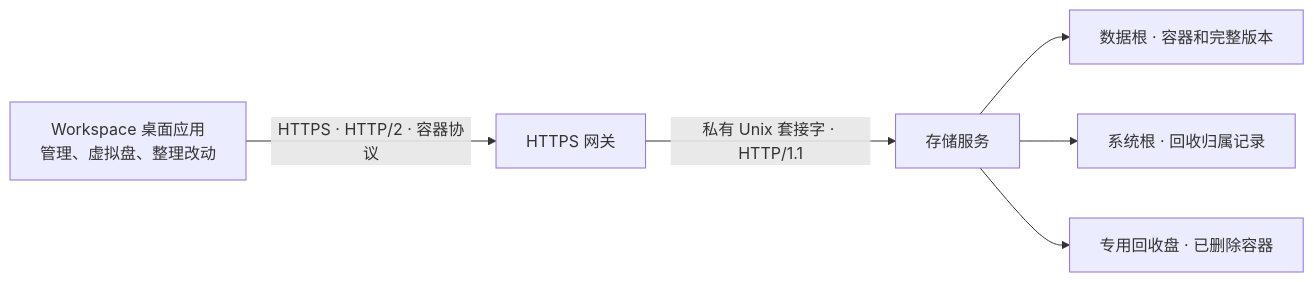
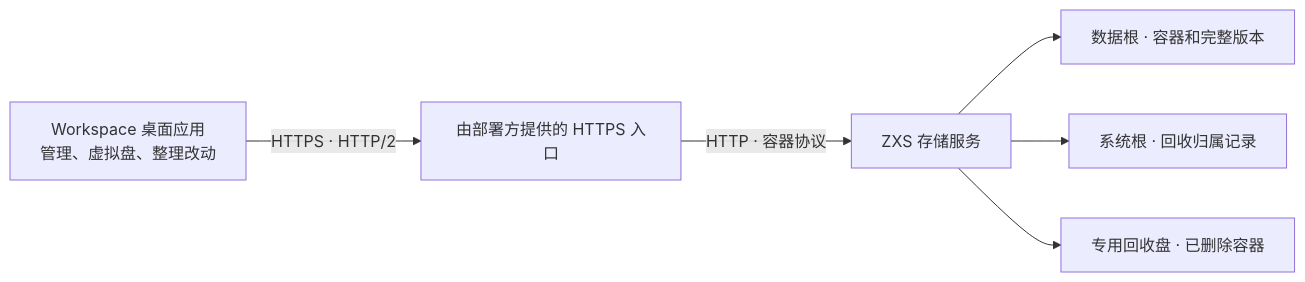
The diagram in zxs/ARCHITECTURE.md (isarmg/zxs), drawn with Mermaid before and after one commit. The commit also changed other lines of this file and 30 other files, not shown here.

Commit message:
Run ZXS as a standalone HTTP server without a selected proxy

````diff
--- a/zxs/ARCHITECTURE.md
+++ b/zxs/ARCHITECTURE.md
@@ -3,8 +3,8 @@
 ```mermaid
 flowchart LR
-    A["Workspace 桌面应用<br/>管理、虚拟盘、整理改动"] -->|"HTTPS · HTTP/2 · 容器协议"| T["HTTPS 网关"]
-    T -->|"私有 Unix 套接字 · HTTP/1.1"| S["存储服务"]
+    A["Workspace 桌面应用<br/>管理、虚拟盘、整理改动"] -->|"HTTPS · HTTP/2"| T["由部署方提供的 HTTPS 入口"]
+    T -->|"HTTP · 容器协议"| S["ZXS 存储服务"]
     S --> D["数据根 · 容器和完整版本"]
     S --> M["系统根 · 回收归属记录"]
     S --> R["专用回收盘 · 已删除容器"]
 ```
````
